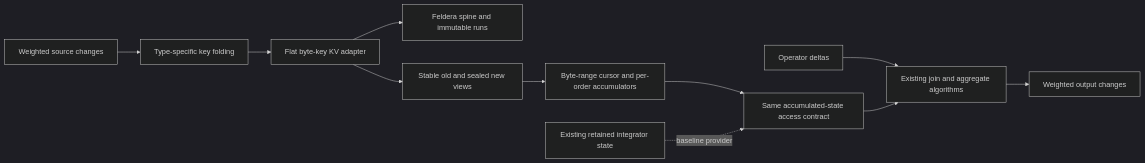
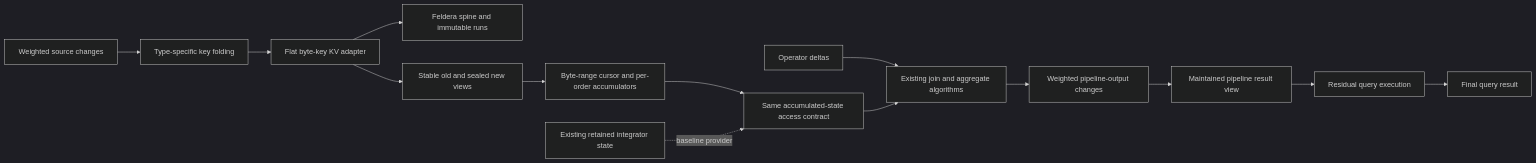
The first of 2 diagrams in docs/design/merged-index/README.md (alicia-lyu/feldera), drawn with Mermaid (dark theme) before and after one commit. The commit also changed other lines of this file and 2 other files, not shown here.

Commit message:
docs: clarify merged-index sources and pipeline maintenance scope

````diff
--- a/docs/design/merged-index/README.md
+++ b/docs/design/merged-index/README.md
@@ -181,13 +196,16 @@
 ```mermaid
 flowchart LR
     D[Weighted source changes] --> E[Type-specific key folding]
     E --> S[Flat byte-key KV adapter]
     S --> M[Feldera spine and immutable runs]
     S --> V[Stable old and sealed new views]
     V --> R[Byte-range cursor and per-order accumulators]
     R --> A[Same accumulated-state access contract]
     T[Existing retained integrator state] -. baseline provider .-> A
     X[Operator deltas] --> O[Existing join and aggregate algorithms]
     A --> O
-    O --> Y[Weighted output changes]
+    O --> Y[Weighted pipeline-output changes]
+    Y --> P[Maintained pipeline result view]
+    P --> Q[Residual query execution]
+    Q --> F[Final query result]
 ```
````
